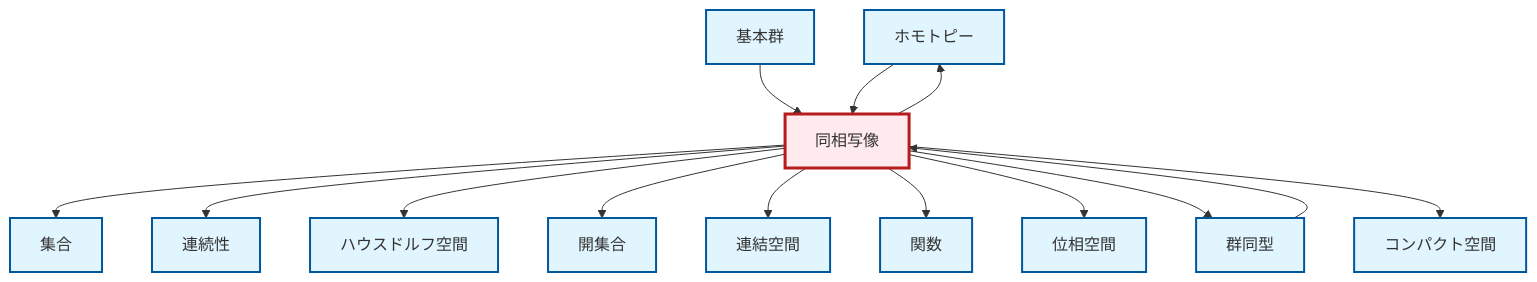
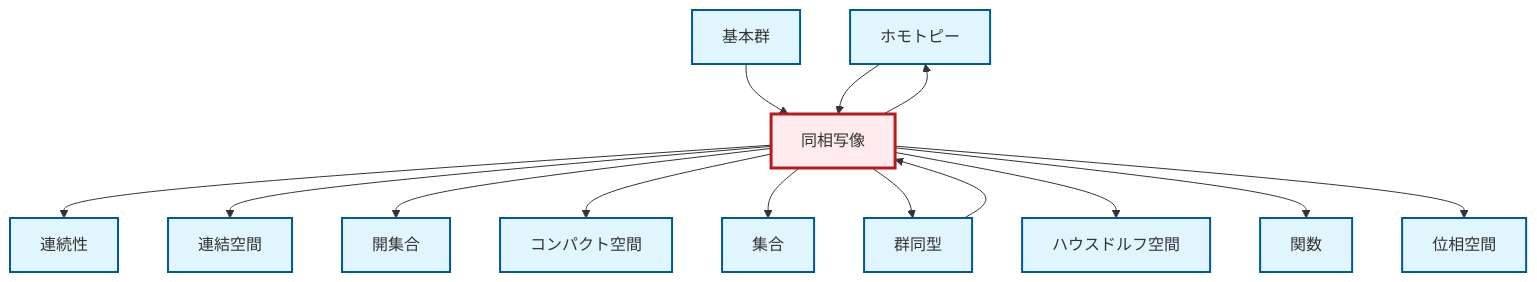
Before and after one commit to RK0429/ModernMath: the diagram in output/mermaid/ja/def-homeomorphism.mermaid, drawn with Mermaid. The commit also changed other lines of this file and 1714 other files, not shown here.

```diff
--- a/output/mermaid/ja/def-homeomorphism.mermaid
+++ b/output/mermaid/ja/def-homeomorphism.mermaid
@@ -1,32 +1,32 @@
 graph TD
     classDef definition fill:#e1f5fe,stroke:#01579b,stroke-width:2px
     classDef theorem fill:#f3e5f5,stroke:#4a148c,stroke-width:2px
     classDef axiom fill:#fff3e0,stroke:#e65100,stroke-width:2px
     classDef example fill:#e8f5e9,stroke:#1b5e20,stroke-width:2px
     classDef current fill:#ffebee,stroke:#b71c1c,stroke-width:3px
+    def-open-set["開集合"]:::definition
     def-homotopy["ホモトピー"]:::definition
+    def-function["関数"]:::definition
+    def-isomorphism["群同型"]:::definition
+    def-compact["コンパクト空間"]:::definition
+    def-set["集合"]:::definition
+    def-homeomorphism["同相写像"]:::definition
+    def-continuity["連続性"]:::definition
+    def-fundamental-group["基本群"]:::definition
+    def-connected["連結空間"]:::definition
     def-topological-space["位相空間"]:::definition
-    def-isomorphism["群同型"]:::definition
-    def-continuity["連続性"]:::definition
-    def-function["関数"]:::definition
-    def-fundamental-group["基本群"]:::definition
     def-hausdorff["ハウスドルフ空間"]:::definition
-    def-homeomorphism["同相写像"]:::definition
-    def-set["集合"]:::definition
-    def-open-set["開集合"]:::definition
-    def-compact["コンパクト空間"]:::definition
-    def-connected["連結空間"]:::definition
+    def-homeomorphism --> def-continuity
+    def-homeomorphism --> def-connected
+    def-homeomorphism --> def-open-set
+    def-fundamental-group --> def-homeomorphism
+    def-homeomorphism --> def-compact
+    def-isomorphism --> def-homeomorphism
+    def-homotopy --> def-homeomorphism
     def-homeomorphism --> def-set
     def-homeomorphism --> def-homotopy
-    def-homeomorphism --> def-continuity
+    def-homeomorphism --> def-isomorphism
     def-homeomorphism --> def-hausdorff
-    def-isomorphism --> def-homeomorphism
-    def-fundamental-group --> def-homeomorphism
-    def-homeomorphism --> def-open-set
-    def-homeomorphism --> def-connected
     def-homeomorphism --> def-function
-    def-homotopy --> def-homeomorphism
     def-homeomorphism --> def-topological-space
-    def-homeomorphism --> def-isomorphism
-    def-homeomorphism --> def-compact
     class def-homeomorphism current
```
